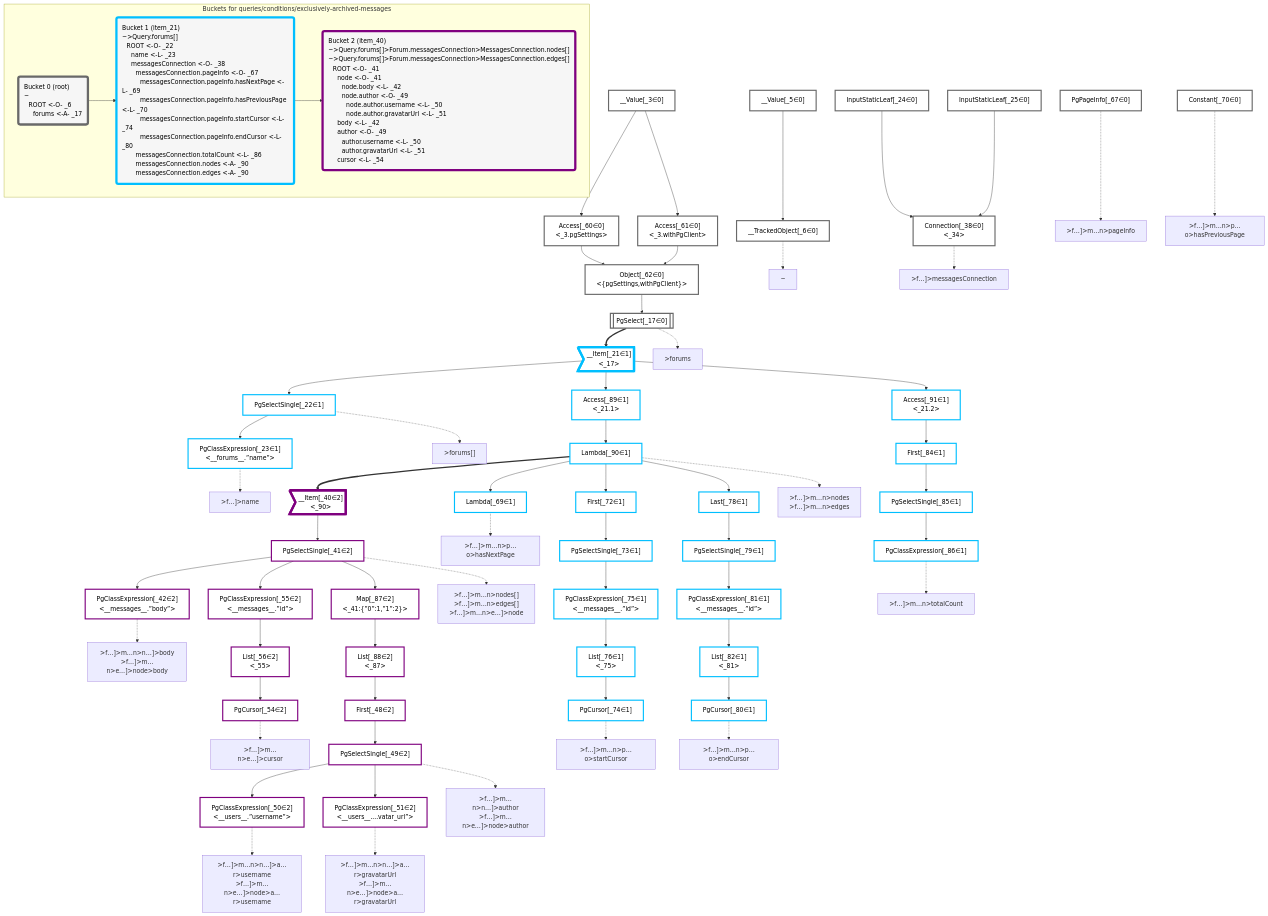
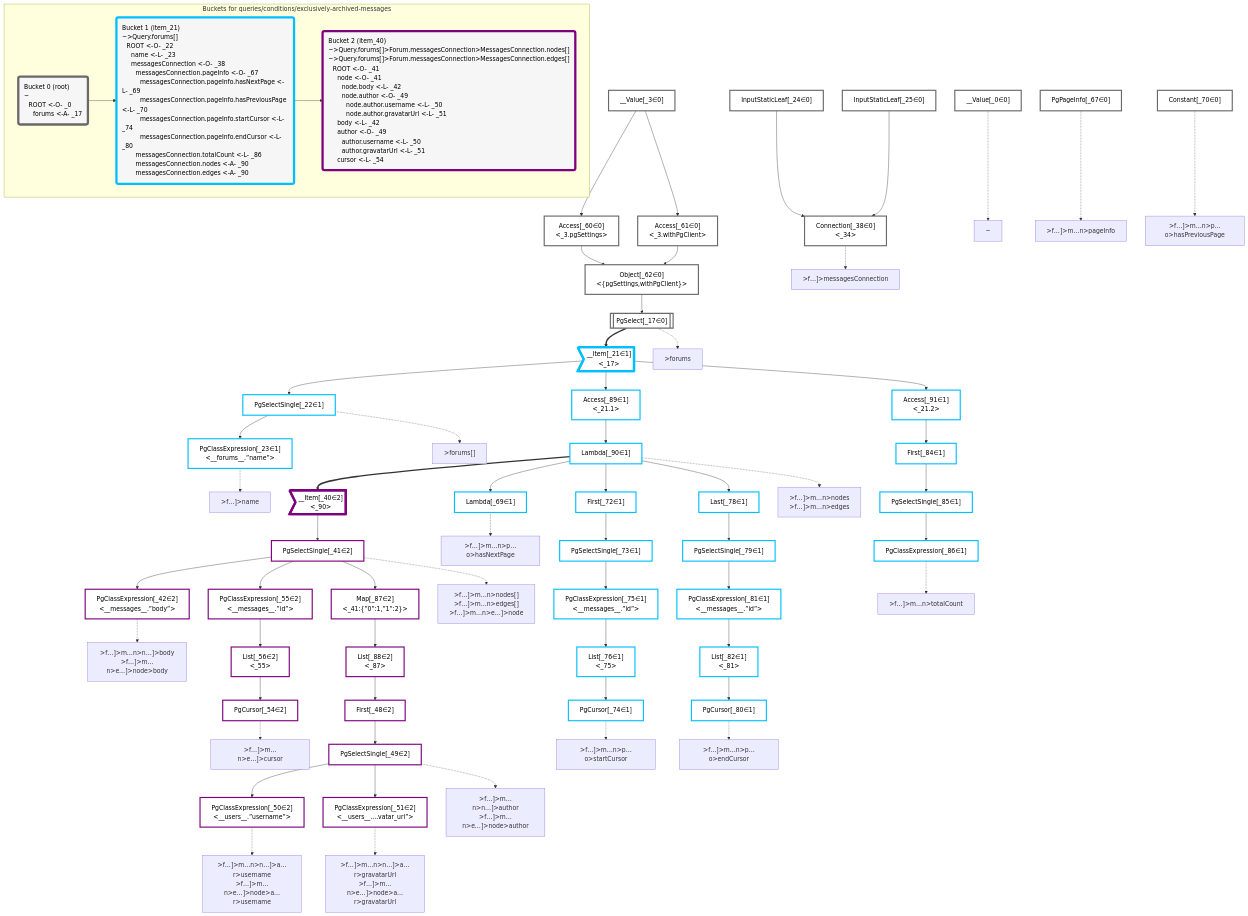
The diagram in packages/dataplan-pg/__tests__/queries/conditions/exclusively-archived-messages.mermaid.md (graphile/crystal), drawn with Mermaid before and after one commit. The commit also changed 193 other files, not shown here.

Commit message:
Update test plan snapshots with new root plan

```diff
--- a/packages/dataplan-pg/__tests__/queries/conditions/exclusively-archived-messages.mermaid.md
+++ b/packages/dataplan-pg/__tests__/queries/conditions/exclusively-archived-messages.mermaid.md
@@ -8,9 +8,8 @@
 
 
     %% define plans
+    __Value_0["__Value[_0∈0]"]:::plan
     __Value_3["__Value[_3∈0]<br /><context>"]:::plan
-    __Value_5["__Value[_5∈0]<br /><rootValue>"]:::plan
-    __TrackedObject_6["__TrackedObject[_6∈0]"]:::plan
     PgSelect_17[["PgSelect[_17∈0]<br /><forums>"]]:::plan
     __Item_21>"__Item[_21∈1]<br /><_17>"]:::itemplan
     PgSelectSingle_22["PgSelectSingle[_22∈1]<br /><forums>"]:::plan
@@ -54,7 +53,6 @@
     Access_91["Access[_91∈1]<br /><_21.2>"]:::plan
 
     %% plan dependencies
-    __Value_5 --> __TrackedObject_6
     Object_62 --> PgSelect_17
     PgSelect_17 ==> __Item_21
     __Item_21 --> PgSelectSingle_22
@@ -96,8 +94,8 @@
     __Item_21 --> Access_91
 
     %% plan-to-path relationships
-    P_6["~"]
-    __TrackedObject_6 -.-> P_6
+    P_0["~"]
+    __Value_0 -.-> P_0
     P_17[">forums"]
     PgSelect_17 -.-> P_17
     P_22[">forums[]"]
@@ -135,14 +133,14 @@
 
     %% allocate buckets
     classDef bucket0 stroke:#696969
-    class __Value_3,__Value_5,__TrackedObject_6,PgSelect_17,InputStaticLeaf_24,InputStaticLeaf_25,Connection_38,Access_60,Access_61,Object_62,PgPageInfo_67,Constant_70 bucket0
+    class __Value_0,__Value_3,PgSelect_17,InputStaticLeaf_24,InputStaticLeaf_25,Connection_38,Access_60,Access_61,Object_62,PgPageInfo_67,Constant_70 bucket0
     classDef bucket1 stroke:#00bfff
     class __Item_21,PgSelectSingle_22,PgClassExpression_23,Lambda_69,First_72,PgSelectSingle_73,PgCursor_74,PgClassExpression_75,List_76,Last_78,PgSelectSingle_79,PgCursor_80,PgClassExpression_81,List_82,First_84,PgSelectSingle_85,PgClassExpression_86,Access_89,Lambda_90,Access_91 bucket1
     classDef bucket2 stroke:#7f007f
     class __Item_40,PgSelectSingle_41,PgClassExpression_42,First_48,PgSelectSingle_49,PgClassExpression_50,PgClassExpression_51,PgCursor_54,PgClassExpression_55,List_56,Map_87,List_88 bucket2
 
     subgraph "Buckets for queries/conditions/exclusively-archived-messages"
-    Bucket0("Bucket 0 (root)<br />~<br />⠀ROOT <-O- _6<br />⠀⠀forums <-A- _17"):::bucket
+    Bucket0("Bucket 0 (root)<br />~<br />⠀ROOT <-O- _0<br />⠀⠀forums <-A- _17"):::bucket
     style Bucket0 stroke:#696969
     Bucket1("Bucket 1 (item_21)<br />~>Query.forums[]<br />⠀ROOT <-O- _22<br />⠀⠀name <-L- _23<br />⠀⠀messagesConnection <-O- _38<br />⠀⠀⠀messagesConnection.pageInfo <-O- _67<br />⠀⠀⠀⠀messagesConnection.pageInfo.hasNextPage <-L- _69<br />⠀⠀⠀⠀messagesConnection.pageInfo.hasPreviousPage <-L- _70<br />⠀⠀⠀⠀messagesConnection.pageInfo.startCursor <-L- _74<br />⠀⠀⠀⠀messagesConnection.pageInfo.endCursor <-L- _80<br />⠀⠀⠀messagesConnection.totalCount <-L- _86<br />⠀⠀⠀messagesConnection.nodes <-A- _90<br />⠀⠀⠀messagesConnection.edges <-A- _90"):::bucket
     style Bucket1 stroke:#00bfff
```
